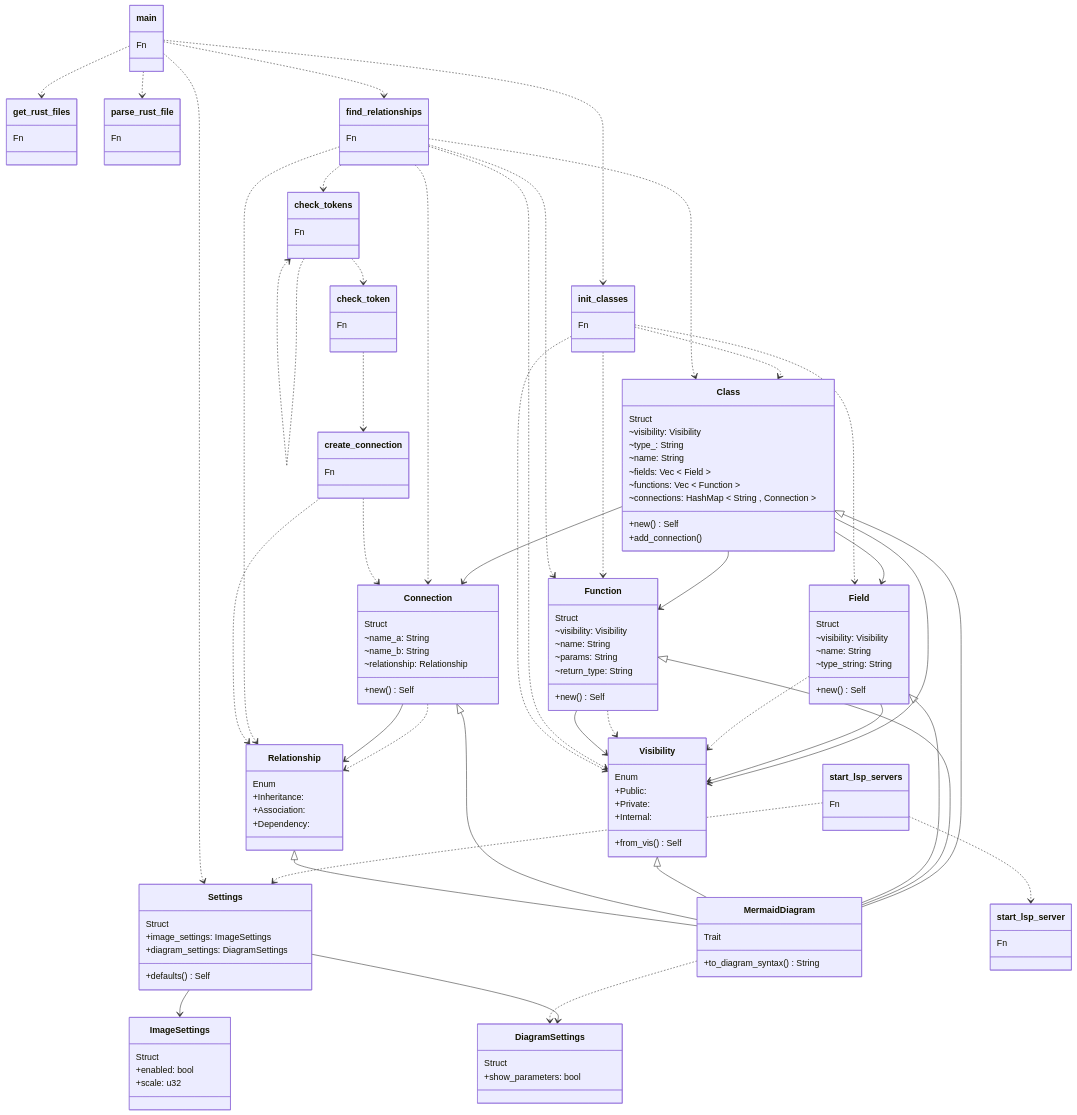
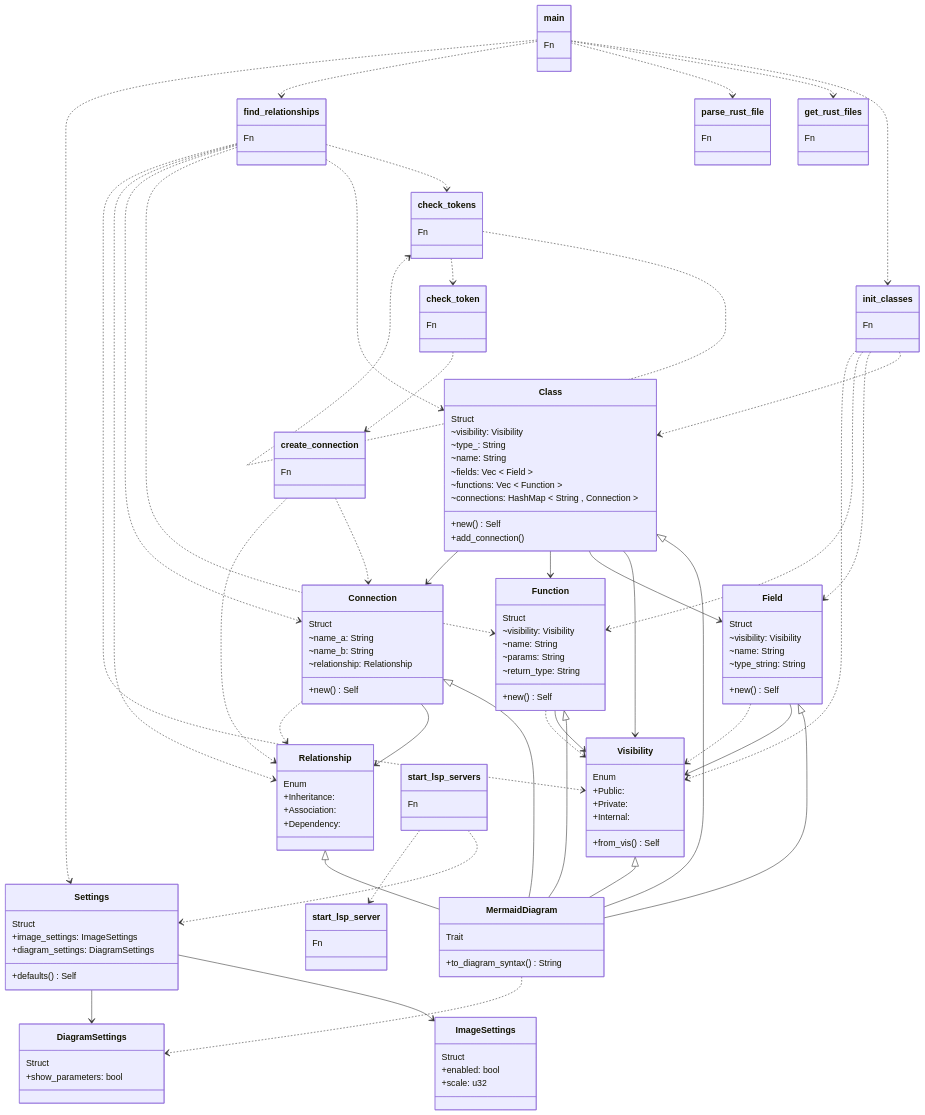
Before and after one commit to gusjengis/mermaid-class-diagrams: the diagram in diagram.mmd, drawn with Mermaid. The commit also changed other lines of this file and 5 other files, not shown here.

```diff
--- a/diagram.mmd
+++ b/diagram.mmd
@@ -1,177 +1,177 @@
 classDiagram
 
 class init_classes {
 Fn
 }
 
 main ..> init_classes
 
 class get_rust_files {
 Fn
 }
 
 main ..> get_rust_files
 
 class parse_rust_file {
 Fn
 }
 
 main ..> parse_rust_file
 
 class MermaidDiagram {
 Trait
 +to_diagram_syntax() String
 }
 
-Class <|-- MermaidDiagram
+Connection <|-- MermaidDiagram
 Function <|-- MermaidDiagram
 Field <|-- MermaidDiagram
+Class <|-- MermaidDiagram
 Visibility <|-- MermaidDiagram
-Connection <|-- MermaidDiagram
 Relationship <|-- MermaidDiagram
 
 class find_relationships {
 Fn
 }
 
 main ..> find_relationships
 
 class check_tokens {
 Fn
 }
 
 check_tokens ..> check_tokens
 find_relationships ..> check_tokens
 
 class check_token {
 Fn
 }
 
 check_tokens ..> check_token
 
 class create_connection {
 Fn
 }
 
 check_token ..> create_connection
 
 class Class {
 Struct
 ~visibility: Visibility
 ~type_: String
 ~name: String
 ~fields: Vec < Field >
 ~functions: Vec < Function >
 ~connections: HashMap < String , Connection >
 +new() Self
 +add_connection() 
 }
 
-Class --> Connection
 Class --> Visibility
 Class --> Field
 init_classes ..> Class
 find_relationships ..> Class
 Class --> Function
+Class --> Connection
 
 class Field {
 Struct
 ~visibility: Visibility
 ~name: String
 ~type_string: String
 +new() Self
 }
 
 init_classes ..> Field
 Field --> Visibility
 Field ..> Visibility
 
 class Function {
 Struct
 ~visibility: Visibility
 ~name: String
 ~params: String
 ~return_type: String
 +new() Self
 }
 
 init_classes ..> Function
+Function --> Visibility
 find_relationships ..> Function
 Function ..> Visibility
-Function --> Visibility
 
 class Connection {
 Struct
 ~name_a: String
 ~name_b: String
 ~relationship: Relationship
 +new() Self
 }
 
+Connection --> Relationship
+find_relationships ..> Connection
 Connection ..> Relationship
-find_relationships ..> Connection
 create_connection ..> Connection
-Connection --> Relationship
 
 class Relationship {
 Enum
 +Inheritance: 
 +Association: 
 +Dependency: 
 }
 
+create_connection ..> Relationship
 find_relationships ..> Relationship
-create_connection ..> Relationship
 
 class Visibility {
 Enum
 +Public: 
 +Private: 
 +Internal: 
 +from_vis() Self
 }
 
 find_relationships ..> Visibility
 init_classes ..> Visibility
 
 class Settings {
 Struct
 +image_settings: ImageSettings
 +diagram_settings: DiagramSettings
 +defaults() Self
 }
 
+main ..> Settings
 Settings --> ImageSettings
 Settings --> DiagramSettings
 start_lsp_servers ..> Settings
-main ..> Settings
 
 class ImageSettings {
 Struct
 +enabled: bool
 +scale: u32
 }
 
 
 class DiagramSettings {
 Struct
 +show_parameters: bool
 }
 
 MermaidDiagram ..> DiagramSettings
 
 class main {
 Fn
 }
 
 
 class start_lsp_servers {
 Fn
 }
 
 
 class start_lsp_server {
 Fn
 }
 
 start_lsp_servers ..> start_lsp_server
```
